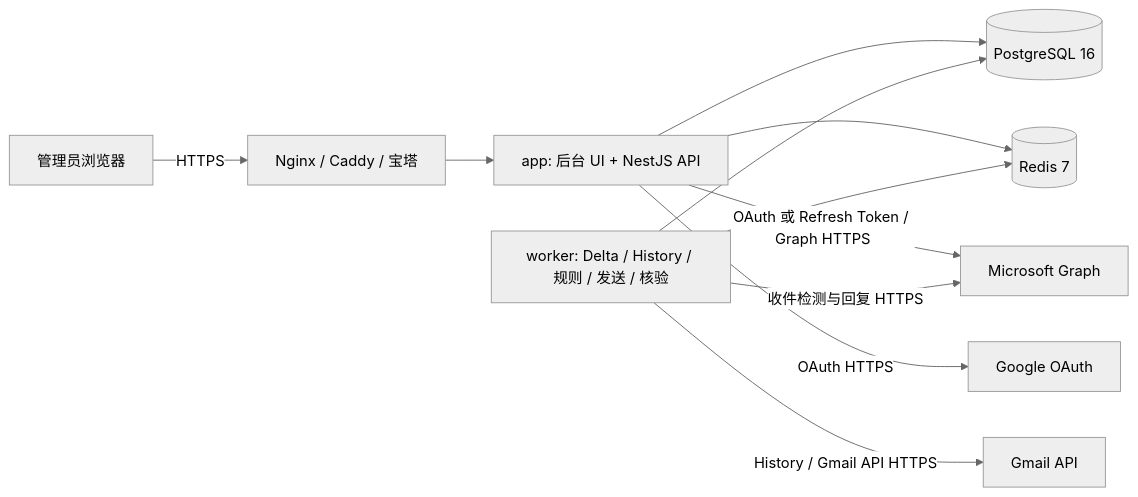
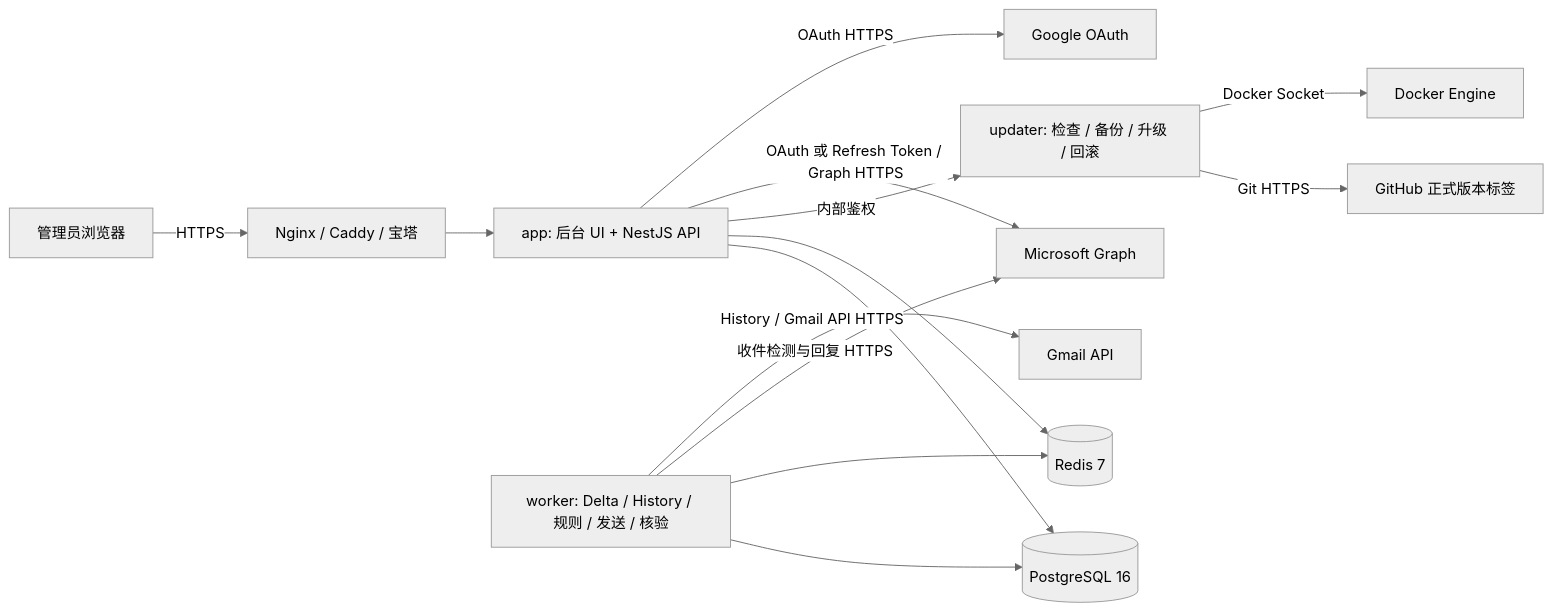
One commit to a06342637/Email-reply changed the diagram in README.md. Above: the diagram before and after it, drawn with Mermaid (neutral theme). The commit also changed other lines of this file and 29 other files, not shown here.

````diff
--- a/README.md
+++ b/README.md
@@ -85,13 +86,16 @@
 ```mermaid
 flowchart LR
     U[管理员浏览器] -->|HTTPS| P[Nginx / Caddy / 宝塔]
     P --> A[app: 后台 UI + NestJS API]
     A --> PG[(PostgreSQL 16)]
     A --> R[(Redis 7)]
+    A -->|内部鉴权| UPG[updater: 检查 / 备份 / 升级 / 回滚]
+    UPG -->|Git HTTPS| GH[GitHub 正式版本标签]
+    UPG -->|Docker Socket| D[Docker Engine]
     W[worker: Delta / History / 规则 / 发送 / 核验] --> PG
     W --> R
     A -->|OAuth 或 Refresh Token / Graph HTTPS| M[Microsoft Graph]
     W -->|收件检测与回复 HTTPS| M
     A -->|OAuth HTTPS| G[Google OAuth]
     W -->|History / Gmail API HTTPS| GA[Gmail API]
 ```
````
